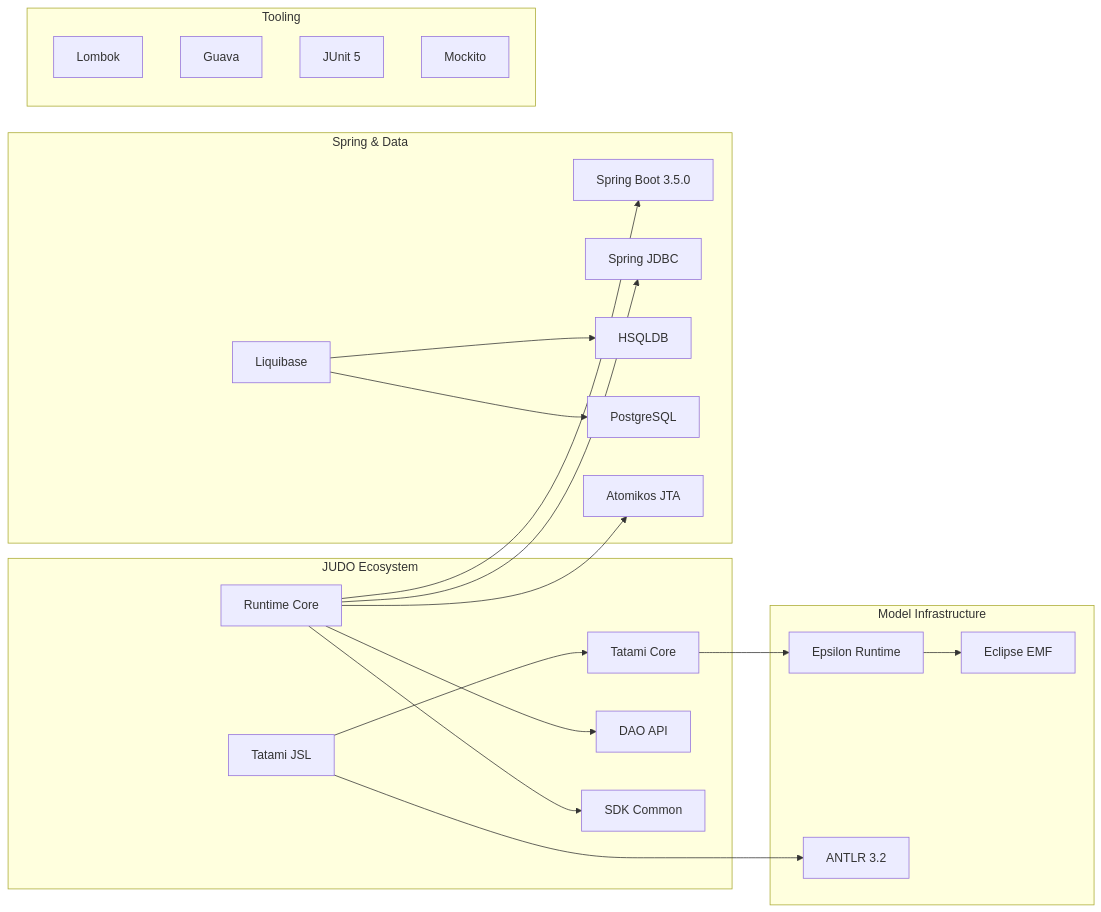
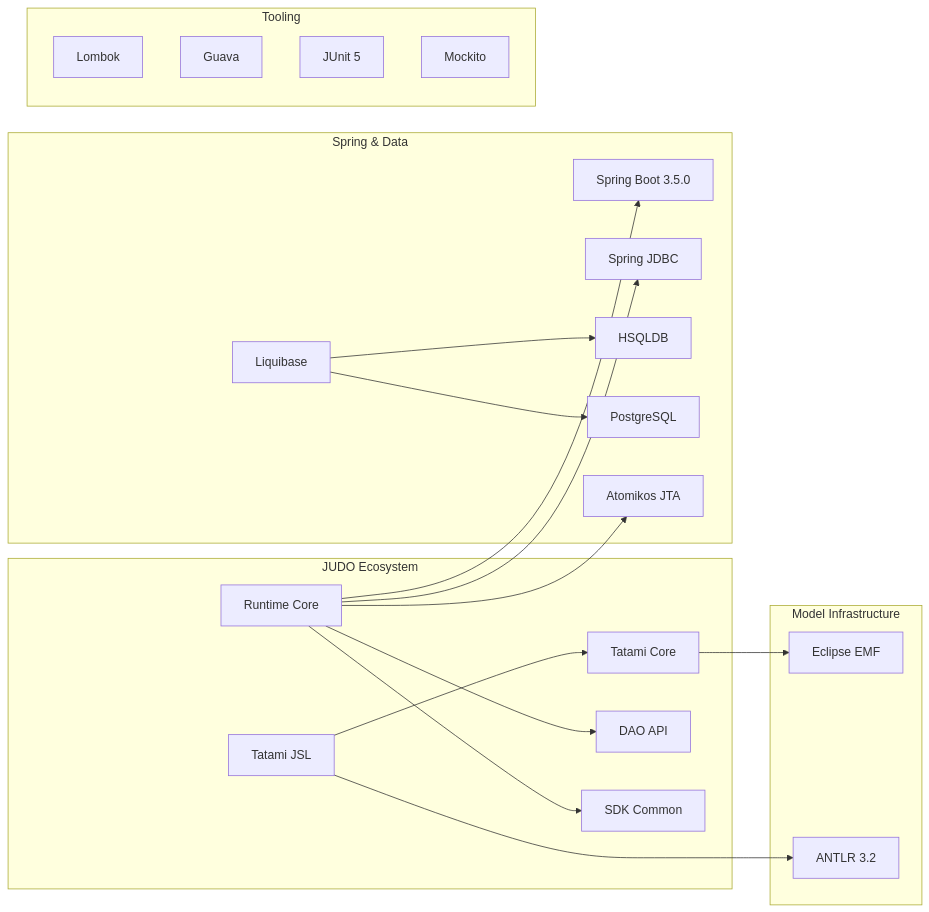
Before and after one commit to BlackBeltTechnology/judo-jsl-springboot-parent: the third of 3 diagrams in README.md, drawn with Mermaid. The commit also changed 2 other files, not shown here.

Commit message:
JNG-6349 Parent POM no longer puts Epsilon on every JSL Spring Boot app (#57)
The parent declared epsilon-runtime-execution in <dependencies>, so every
application inheriting hu.blackbelt.judo.jsl:judo-jsl-springboot got Epsilon on
its runtime classpath, although the runtime is Zeta-only since split-etl-artifacts
(ETL engines are opt-in -etl add-ons that declare Epsilon themselves). The removal
existed only on the unmerged feature branch (zeta-only-runtime task 2.5).

Verified with a throwaway child app on the parent: JSL model workflow runs,
models load through the Spring JudoModelLoader and the query model restores in
strict load mode; runtime dependency tree has 0 Epsilon artifacts (2 with the
current develop parent) and no Epsilon class is loadable.

````diff
--- a/README.md
+++ b/README.md
@@ -204,44 +204,42 @@
 ```mermaid
 graph LR
     subgraph "JUDO Ecosystem"
         TATAMI_JSL["Tatami JSL"]
         TATAMI_CORE["Tatami Core"]
         RUNTIME["Runtime Core"]
         DAO_API["DAO API"]
         SDK_COMMON["SDK Common"]
     end
 
     subgraph "Spring & Data"
         SPRING_BOOT["Spring Boot 3.5.0"]
         SPRING_JDBC["Spring JDBC"]
         LIQUIBASE["Liquibase"]
         HSQLDB["HSQLDB"]
         POSTGRESQL["PostgreSQL"]
         ATOMIKOS["Atomikos JTA"]
     end
 
     subgraph "Model Infrastructure"
         EMF["Eclipse EMF"]
-        EPSILON["Epsilon Runtime"]
         ANTLR["ANTLR 3.2"]
     end
 
     subgraph "Tooling"
         LOMBOK["Lombok"]
         GUAVA["Guava"]
         JUNIT["JUnit 5"]
         MOCKITO["Mockito"]
     end
 
     TATAMI_JSL --> TATAMI_CORE
-    TATAMI_CORE --> EPSILON
-    EPSILON --> EMF
+    TATAMI_CORE --> EMF
     TATAMI_JSL --> ANTLR
     RUNTIME --> DAO_API
     RUNTIME --> SDK_COMMON
     RUNTIME --> SPRING_BOOT
     RUNTIME --> SPRING_JDBC
     RUNTIME --> ATOMIKOS
     LIQUIBASE --> HSQLDB
     LIQUIBASE --> POSTGRESQL
 ```
````
